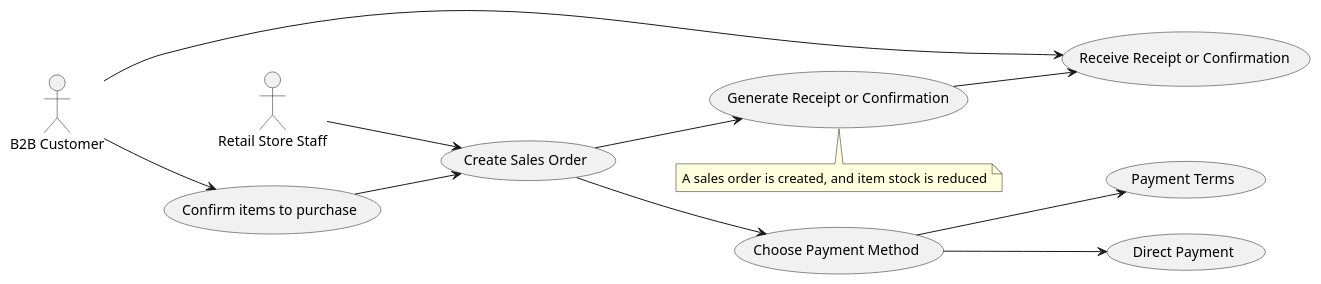
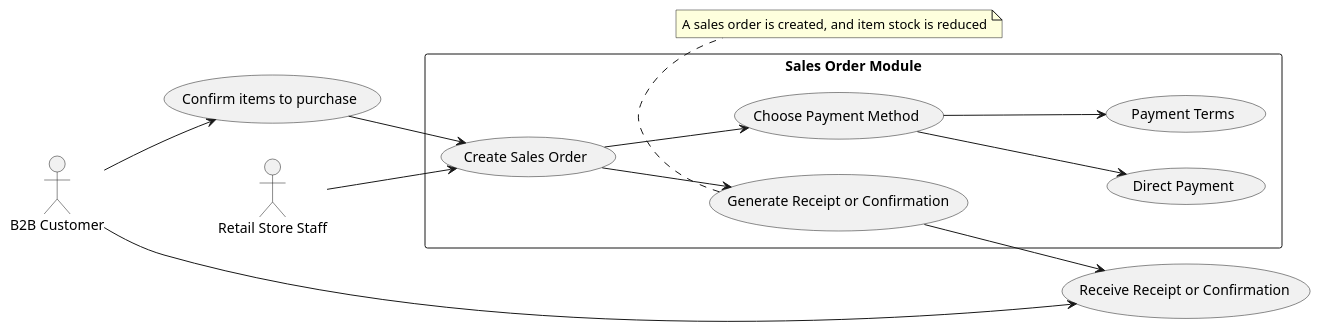
One commit to goesbams/simple-erp-usecases changed the diagram in sales-order-b2b.puml. Above: the diagram before and after it, drawn with PlantUML.

```diff
--- a/sales-order-b2b.puml
+++ b/sales-order-b2b.puml
@@ -1,26 +1,34 @@
 @startuml
 left to right direction
 actor "Retail Store Staff" as Staff
 actor "B2B Customer" as Customer
+
+rectangle "Sales Order Module" {
+  (Create Sales Order)
+  (Choose Payment Method)
+  (Direct Payment)
+  (Payment Terms)
+  (Generate Receipt or Confirmation)
+}
 
 (Customer) --> (Confirm items to purchase)
 
 (Confirm items to purchase) --> (Create Sales Order)
 
 (Staff) --> (Create Sales Order)
 
 (Create Sales Order) --> (Choose Payment Method)
 
 (Choose Payment Method) --> (Direct Payment)
 (Choose Payment Method) --> (Payment Terms)
 
 (Customer) --> (Receive Receipt or Confirmation)
 
 (Create Sales Order) --> (Generate Receipt or Confirmation)
 (Generate Receipt or Confirmation) --> (Receive Receipt or Confirmation)
 
 note bottom of (Generate Receipt or Confirmation)
   A sales order is created, and item stock is reduced
 end note
 
 @enduml
```
